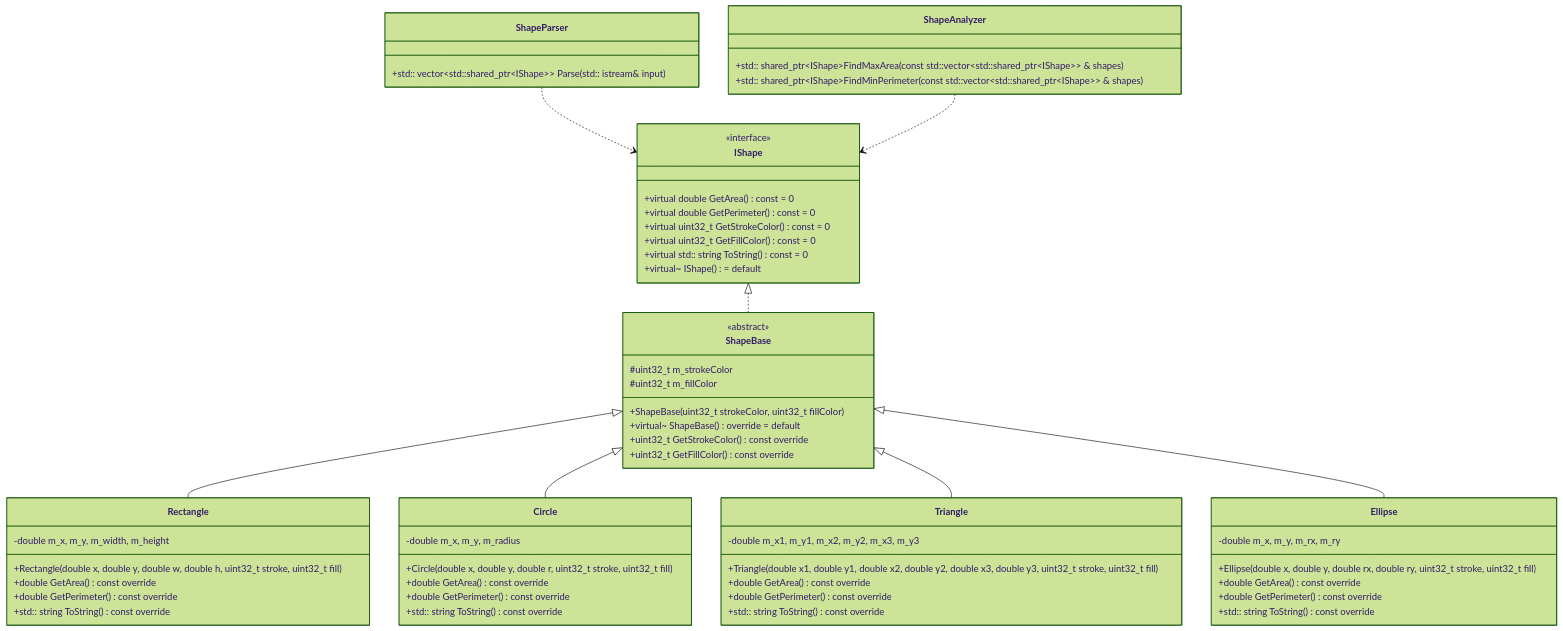
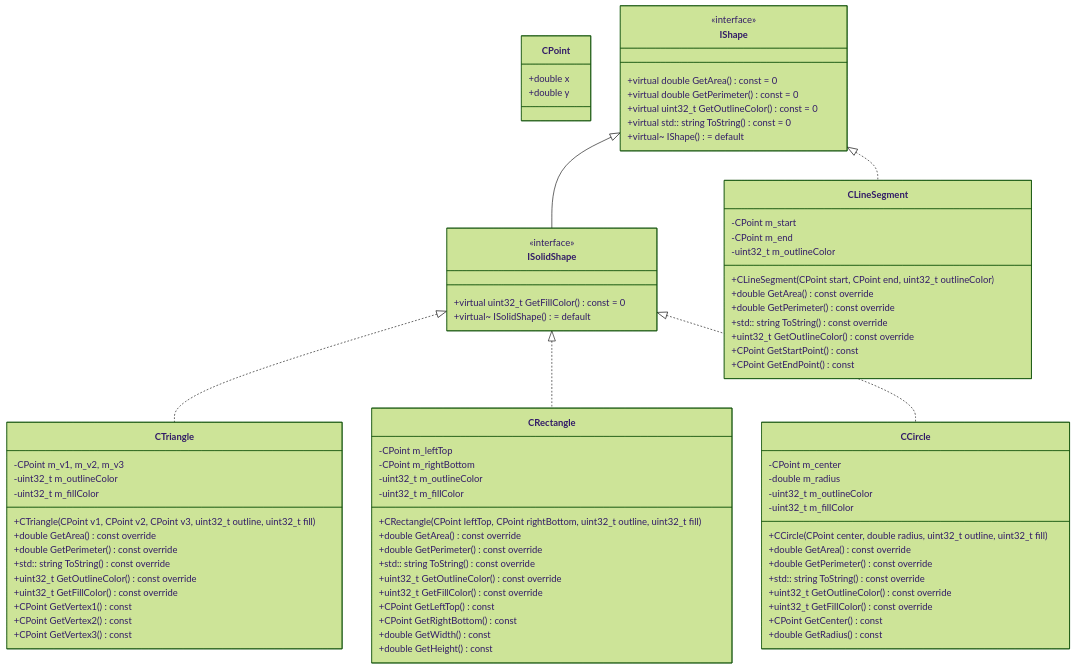
Before and after one commit to drem-cg/oop: the diagram in lab4/class.mmd, drawn with Mermaid (forest theme). The commit also changed 35 other files, not shown here.

```diff
--- a/lab4/class.mmd
+++ b/lab4/class.mmd
@@ -1,69 +1,86 @@
 classDiagram
+    class CPoint {
+        +double x
+        +double y
+    }
+
     class IShape {
         <<interface>>
         +virtual double GetArea() const = 0
         +virtual double GetPerimeter() const = 0
-        +virtual uint32_t GetStrokeColor() const = 0
-        +virtual uint32_t GetFillColor() const = 0
+        +virtual uint32_t GetOutlineColor() const = 0
         +virtual std:: string ToString() const = 0
         +virtual~ IShape() = default
     }
 
-    class ShapeBase {
-        <<abstract>>
-        #uint32_t m_strokeColor
-        #uint32_t m_fillColor
-        +ShapeBase(uint32_t strokeColor, uint32_t fillColor)
-        +virtual~ ShapeBase() override = default
-        +uint32_t GetStrokeColor() const override
-        +uint32_t GetFillColor() const override
+    class ISolidShape {
+        <<interface>>
+        +virtual uint32_t GetFillColor() const = 0
+        +virtual~ ISolidShape() = default
     }
 
-    class Rectangle {
-        -double m_x, m_y, m_width, m_height
-        +Rectangle(double x, double y, double w, double h, uint32_t stroke, uint32_t fill)
+    class CLineSegment {
+        +CLineSegment(CPoint start, CPoint end, uint32_t outlineColor)
         +double GetArea() const override
         +double GetPerimeter() const override
         +std:: string ToString() const override
+        +uint32_t GetOutlineColor() const override
+        +CPoint GetStartPoint() const
+        +CPoint GetEndPoint() const
+        -CPoint m_start
+        -CPoint m_end
+        -uint32_t m_outlineColor
     }
 
-    class Circle {
-        -double m_x, m_y, m_radius
-        +Circle(double x, double y, double r, uint32_t stroke, uint32_t fill)
+    class CTriangle {
+        +CTriangle(CPoint v1, CPoint v2, CPoint v3, uint32_t outline, uint32_t fill)
         +double GetArea() const override
         +double GetPerimeter() const override
         +std:: string ToString() const override
+        +uint32_t GetOutlineColor() const override
+        +uint32_t GetFillColor() const override
+        +CPoint GetVertex1() const
+        +CPoint GetVertex2() const
+        +CPoint GetVertex3() const
+        -CPoint m_v1, m_v2, m_v3
+        -uint32_t m_outlineColor
+        -uint32_t m_fillColor
     }
 
-    class Triangle {
-        -double m_x1, m_y1, m_x2, m_y2, m_x3, m_y3
-        +Triangle(double x1, double y1, double x2, double y2, double x3, double y3, uint32_t stroke, uint32_t fill)
+    class CRectangle {
+        +CRectangle(CPoint leftTop, CPoint rightBottom, uint32_t outline, uint32_t fill)
         +double GetArea() const override
         +double GetPerimeter() const override
         +std:: string ToString() const override
+        +uint32_t GetOutlineColor() const override
+        +uint32_t GetFillColor() const override
+        +CPoint GetLeftTop() const
+        +CPoint GetRightBottom() const
+        +double GetWidth() const
+        +double GetHeight() const
+        -CPoint m_leftTop
+        -CPoint m_rightBottom
+        -uint32_t m_outlineColor
+        -uint32_t m_fillColor
     }
 
-    class Ellipse {
-        -double m_x, m_y, m_rx, m_ry
-        +Ellipse(double x, double y, double rx, double ry, uint32_t stroke, uint32_t fill)
+    class CCircle {
+        +CCircle(CPoint center, double radius, uint32_t outline, uint32_t fill)
         +double GetArea() const override
         +double GetPerimeter() const override
         +std:: string ToString() const override
+        +uint32_t GetOutlineColor() const override
+        +uint32_t GetFillColor() const override
+        +CPoint GetCenter() const
+        +double GetRadius() const
+        -CPoint m_center
+        -double m_radius
+        -uint32_t m_outlineColor
+        -uint32_t m_fillColor
     }
 
-    class ShapeParser {
-        +std:: vector~std::shared_ptr~IShape~~ Parse(std:: istream& input)
-    }
-
-    class ShapeAnalyzer {
-        +std:: shared_ptr~IShape~FindMaxArea(const std::vector~std::shared_ptr~IShape~~ & shapes)
-        +std:: shared_ptr~IShape~FindMinPerimeter(const std::vector~std::shared_ptr~IShape~~ & shapes)
-    }
-
-    IShape <|.. ShapeBase
-    ShapeBase <|-- Rectangle
-    ShapeBase <|-- Circle
-    ShapeBase <|-- Triangle
-    ShapeBase <|-- Ellipse
-    ShapeParser ..> IShape
-    ShapeAnalyzer ..> IShape
+    IShape <|.. CLineSegment
+    ISolidShape <|.. CTriangle
+    ISolidShape <|.. CRectangle
+    ISolidShape <|.. CCircle
+    IShape <|-- ISolidShape
```
